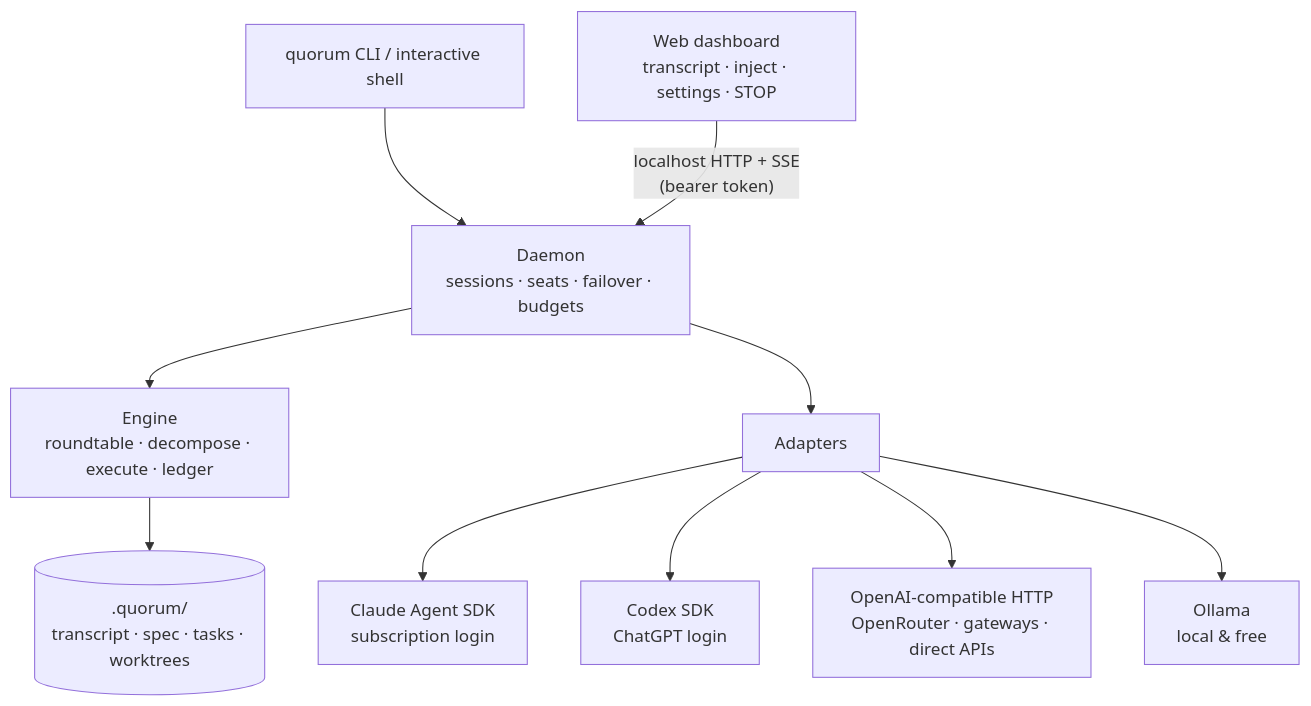
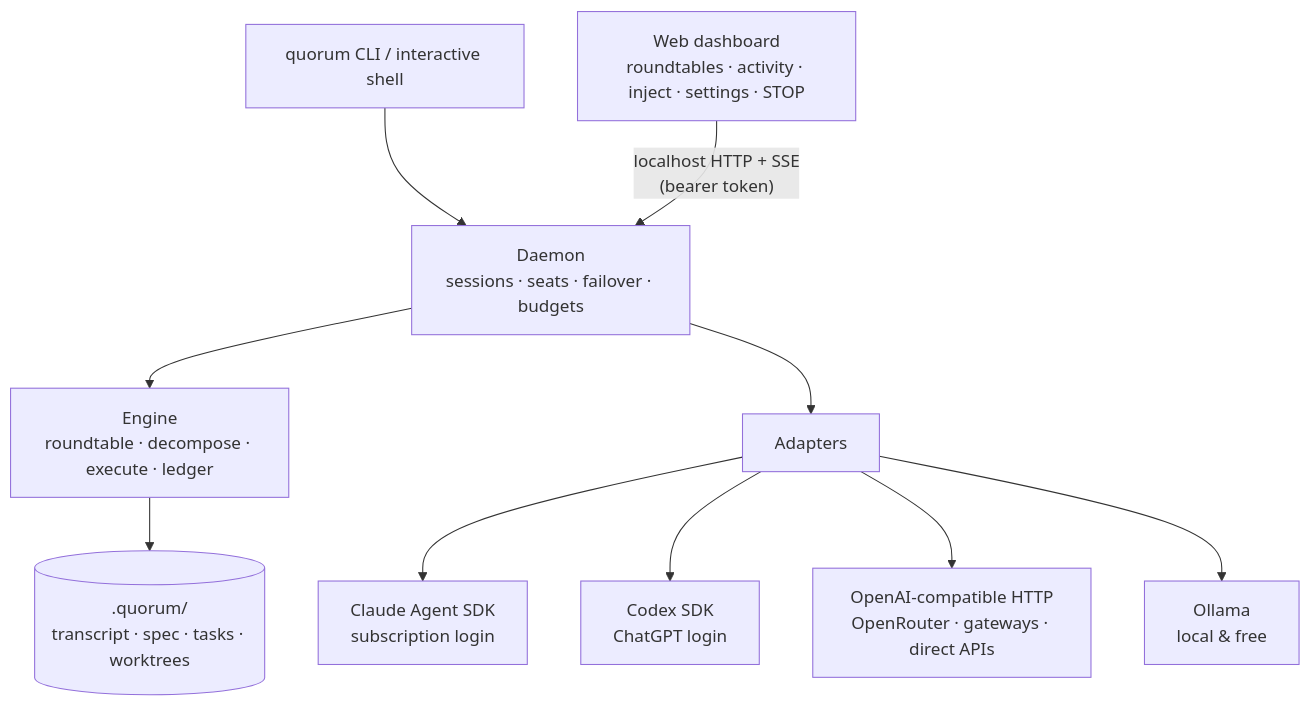
Before and after one commit to waksanjeewa/quorum: the fourth of 4 diagrams in docs/architecture.md, drawn with Mermaid. The commit also changed other lines of this file and 28 other files, not shown here.

````diff
--- a/docs/architecture.md
+++ b/docs/architecture.md
@@ -66,12 +66,12 @@
 ```mermaid
 flowchart TB
     CLI[quorum CLI / interactive shell] --> Daemon
-    Dash[Web dashboard<br/>transcript · inject · settings · STOP] -- "localhost HTTP + SSE<br/>(bearer token)" --> Daemon
+    Dash[Web dashboard<br/>roundtables · activity · inject · settings · STOP] -- "localhost HTTP + SSE<br/>(bearer token)" --> Daemon
     Daemon[Daemon<br/>sessions · seats · failover · budgets] --> Core
     Core[Engine<br/>roundtable · decompose · execute · ledger] --> Disk[(.quorum/<br/>transcript · spec · tasks · worktrees)]
     Daemon --> Adapters[Adapters]
     Adapters --> Claude[Claude Agent SDK<br/>subscription login]
     Adapters --> Codex[Codex SDK<br/>ChatGPT login]
     Adapters --> HTTP[OpenAI-compatible HTTP<br/>OpenRouter · gateways · direct APIs]
     Adapters --> Ollama[Ollama<br/>local & free]
 ```
````
